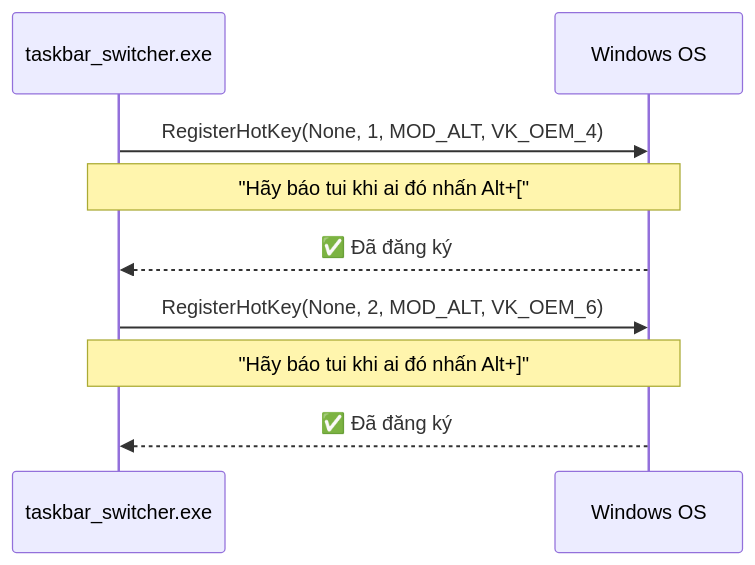
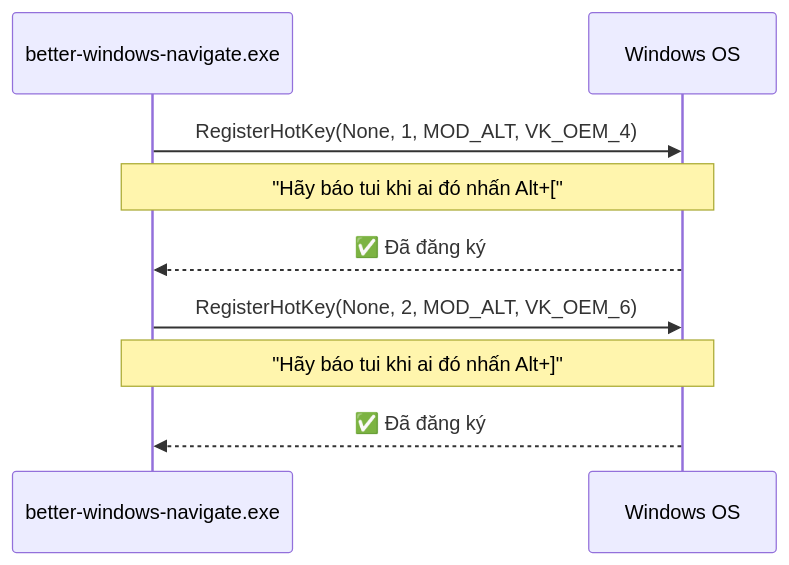
The fourth of 10 diagrams in docs/overview.md (congchuahiep/WinGlide), drawn with Mermaid before and after one commit. The commit also changed other lines of this file and 9 other files, not shown here.

````diff
--- a/docs/overview.md
+++ b/docs/overview.md
@@ -100,13 +100,13 @@
 ```mermaid
 sequenceDiagram
-    participant App as taskbar_switcher.exe
+    participant App as better-windows-navigate.exe
     participant Win as Windows OS
 
     App->>Win: RegisterHotKey(None, 1, MOD_ALT, VK_OEM_4)
     Note over App,Win: "Hãy báo tui khi ai đó nhấn Alt+["
     Win-->>App: ✅ Đã đăng ký
 
     App->>Win: RegisterHotKey(None, 2, MOD_ALT, VK_OEM_6)
     Note over App,Win: "Hãy báo tui khi ai đó nhấn Alt+]"
     Win-->>App: ✅ Đã đăng ký
 ```
````
